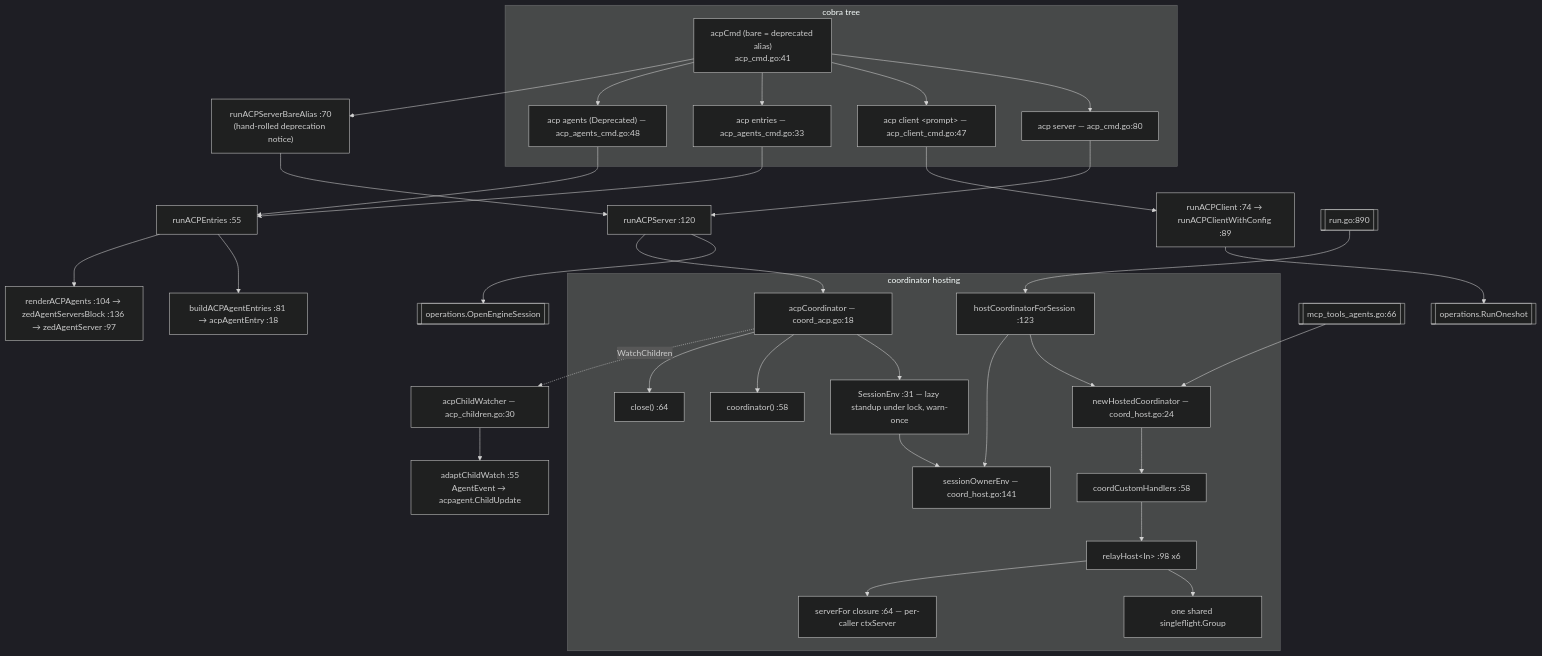
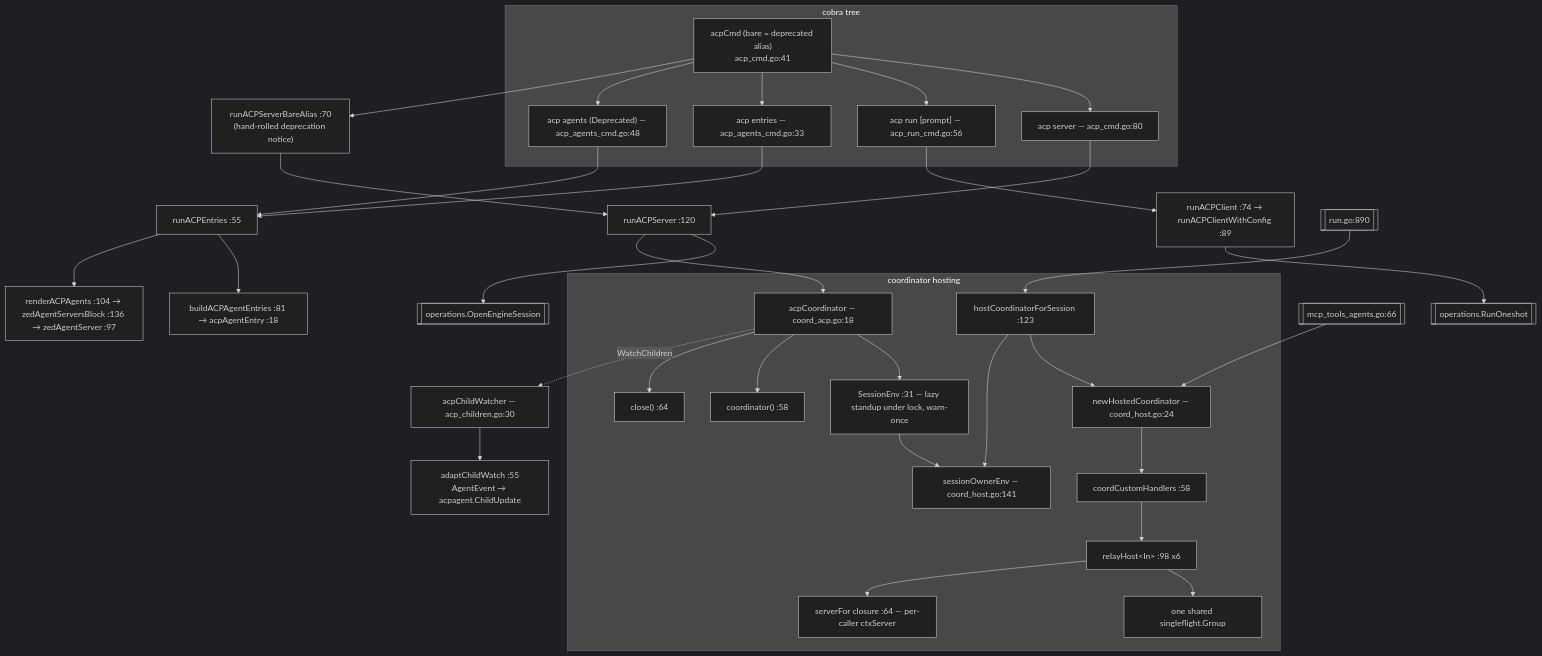
One commit to ctxloom/ctxloom changed the diagram in docs/architecture/cli/acp-and-coordinator.md. Above: the diagram before and after it, drawn with Mermaid (dark theme). The commit also changed other lines of this file and 11 other files, not shown here.

````diff
--- a/docs/architecture/cli/acp-and-coordinator.md
+++ b/docs/architecture/cli/acp-and-coordinator.md
@@ -13,41 +13,41 @@
 ```mermaid
 flowchart TD
     subgraph tree["cobra tree"]
         ACP["acpCmd (bare = deprecated alias)<br/>acp_cmd.go:41"]
         ACP --> SRV["acp server — acp_cmd.go:80"]
-        ACP --> CLI["acp client &lt;prompt&gt; — acp_client_cmd.go:47"]
+        ACP --> CLI["acp run [prompt] — acp_run_cmd.go:56"]
         ACP --> ENT["acp entries — acp_agents_cmd.go:33"]
         ACP --> AG["acp agents (Deprecated) — acp_agents_cmd.go:48"]
     end
 
     SRV --> RS["runACPServer :120"]
     ACP --> BARE["runACPServerBareAlias :70<br/>(hand-rolled deprecation notice)"] --> RS
     ENT --> RE["runACPEntries :55"]
     AG --> RE
     RE --> BAE["buildACPAgentEntries :81 → acpAgentEntry :18"]
     RE --> RAA["renderACPAgents :104 → zedAgentServersBlock :136 → zedAgentServer :97"]
     CLI --> RAC["runACPClient :74 → runACPClientWithConfig :89"]
     RAC --> RO[["operations.RunOneshot"]]
 
     RS --> OES[["operations.OpenEngineSession"]]
     RS --> AC["acpCoordinator — coord_acp.go:18"]
 
     subgraph coordhost["coordinator hosting"]
         AC --> SE["SessionEnv :31 — lazy standup under lock, warn-once"]
         AC --> CO["coordinator() :58"]
         AC --> CL["close() :64"]
         SE --> SOE["sessionOwnerEnv — coord_host.go:141"]
         NHC["newHostedCoordinator — coord_host.go:24"] --> CCH["coordCustomHandlers :58"]
         CCH --> RH["relayHost&lt;In&gt; :98 x6"]
         RH --> SF["one shared singleflight.Group"]
         RH --> SRVFOR["serverFor closure :64 — per-caller ctxServer"]
         HCFS["hostCoordinatorForSession :123"] --> NHC
         HCFS --> SOE
     end
 
     AC -.->|"WatchChildren"| ACW["acpChildWatcher — acp_children.go:30"]
     ACW --> ADP["adaptChildWatch :55<br/>AgentEvent → acpagent.ChildUpdate"]
 
     RUN[["run.go:890"]] --> HCFS
     MCPT[["mcp_tools_agents.go:66"]] --> NHC
 ```
````
